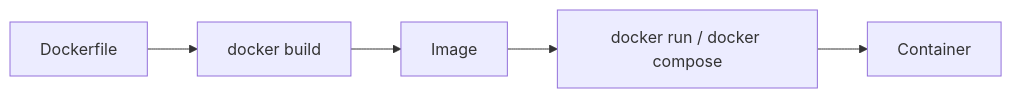
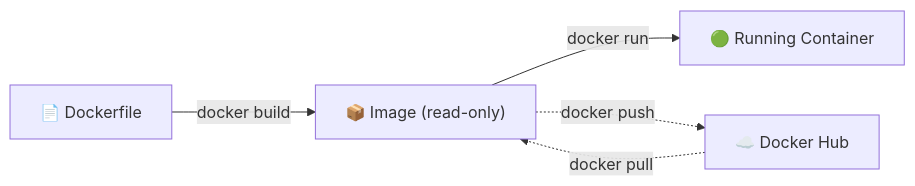
Before and after one commit to tertiarycourses/TGS-2021010366-Application-Integration-with-Docker-and-Kubernetes: the second of 23 diagrams in LEARNER-GUIDE.md, drawn with Mermaid. The commit also changed other lines of this file, not shown here.

````diff
--- a/LEARNER-GUIDE.md
+++ b/LEARNER-GUIDE.md
@@ -220,7 +185,7 @@
 ```mermaid
 flowchart LR
-  A[Dockerfile] --> B[docker build]
-  B --> C[Image]
-  C --> D[docker run / docker compose]
-  D --> E[Container]
+  D["📄 Dockerfile"] -->|docker build| I["📦 Image (read-only)"]
+  I -->|docker run| C["🟢 Running Container"]
+  I -.->|docker push| H["☁️ Docker Hub"]
+  H -.->|docker pull| I
 ```
````
